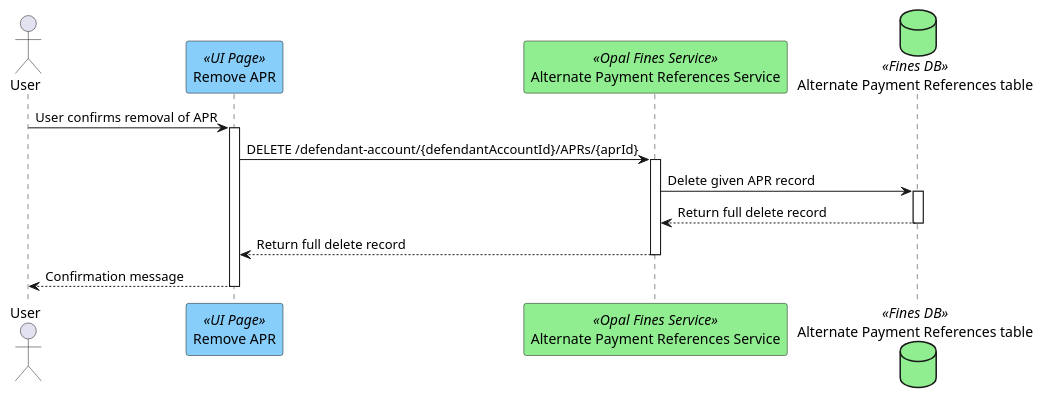
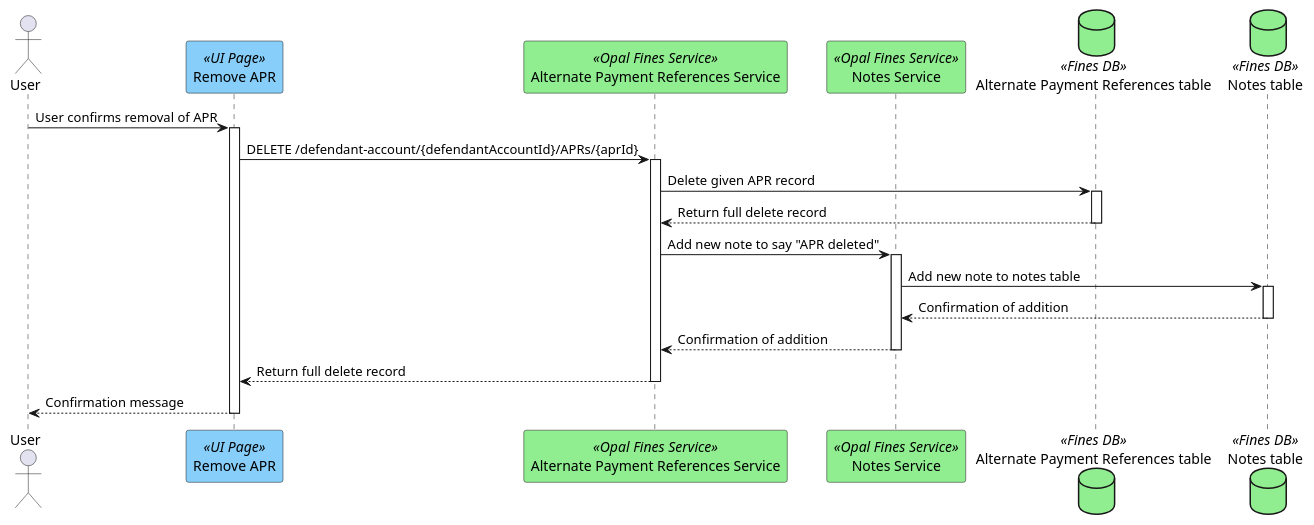
One commit to hmcts/opal-docs changed the diagram in plantUML/external-interfaces/delete-apr.puml. Above: the diagram before and after it, drawn with PlantUML. The commit also changed 2 other files, not shown here.

Commit message:
Adding in notes table integration to CUD operations

```diff
--- a/plantUML/external-interfaces/delete-apr.puml
+++ b/plantUML/external-interfaces/delete-apr.puml
@@ -1,13 +1,19 @@
 @startuml
 actor "User" as user
 participant "Remove APR" as uiPage <<UI Page>> #lightskyblue
 participant "Alternate Payment References Service" as alternatePaymentReferencesService <<Opal Fines Service>> #lightgreen
+participant "Notes Service" as notesService <<Opal Fines Service>> #lightgreen
 database "Alternate Payment References table" as aprTable <<Fines DB>>#lightgreen
+database "Notes table" as notesTable <<Fines DB>>#lightgreen
 
 user -> uiPage ++ : User confirms removal of APR
 uiPage -> alternatePaymentReferencesService ++ : DELETE /defendant-account/{defendantAccountId}/APRs/{aprId}
 alternatePaymentReferencesService -> aprTable ++ : Delete given APR record
 aprTable --> alternatePaymentReferencesService -- : Return full delete record
+alternatePaymentReferencesService -> notesService ++ : Add new note to say "APR deleted"
+notesService -> notesTable ++ : Add new note to notes table
+notesTable --> notesService -- : Confirmation of addition
+notesService --> alternatePaymentReferencesService -- : Confirmation of addition
 alternatePaymentReferencesService --> uiPage -- : Return full delete record
 uiPage --> user -- : Confirmation message
 @enduml
```
